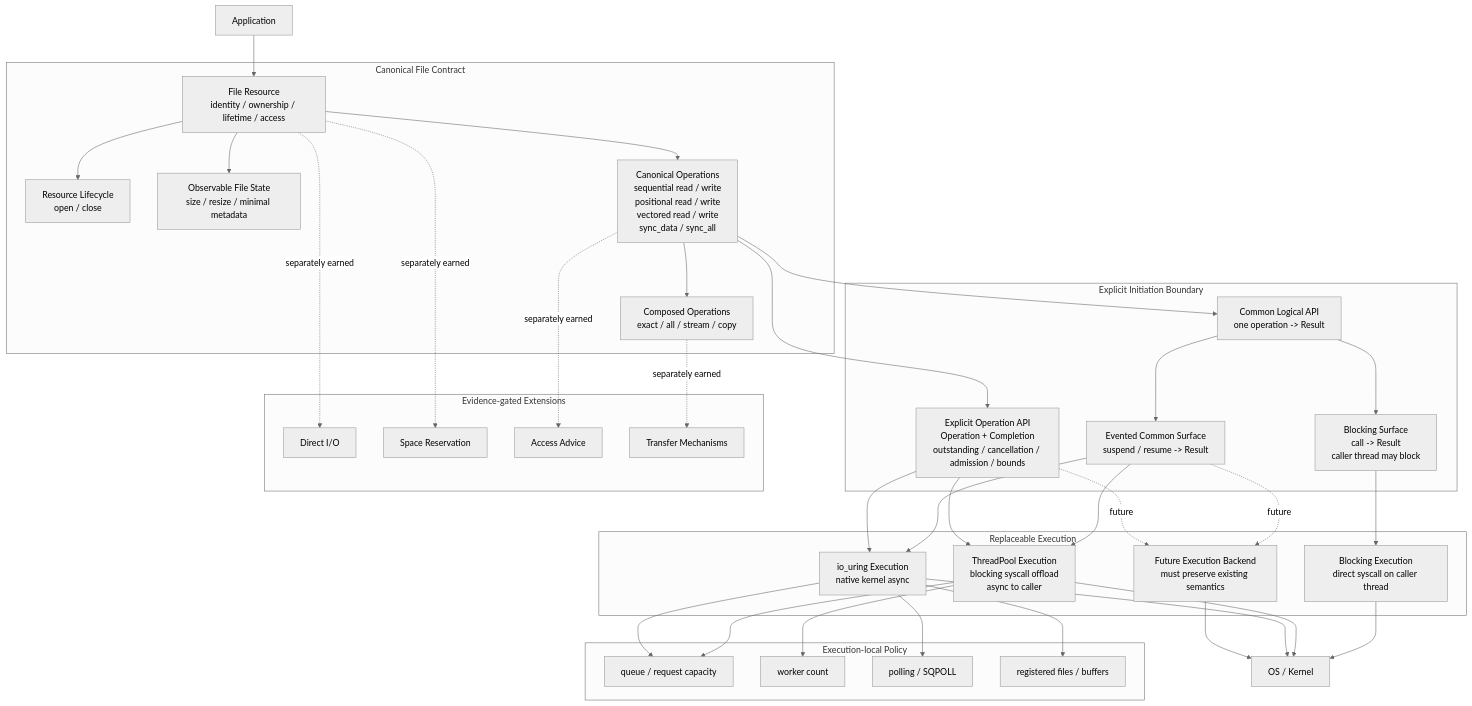
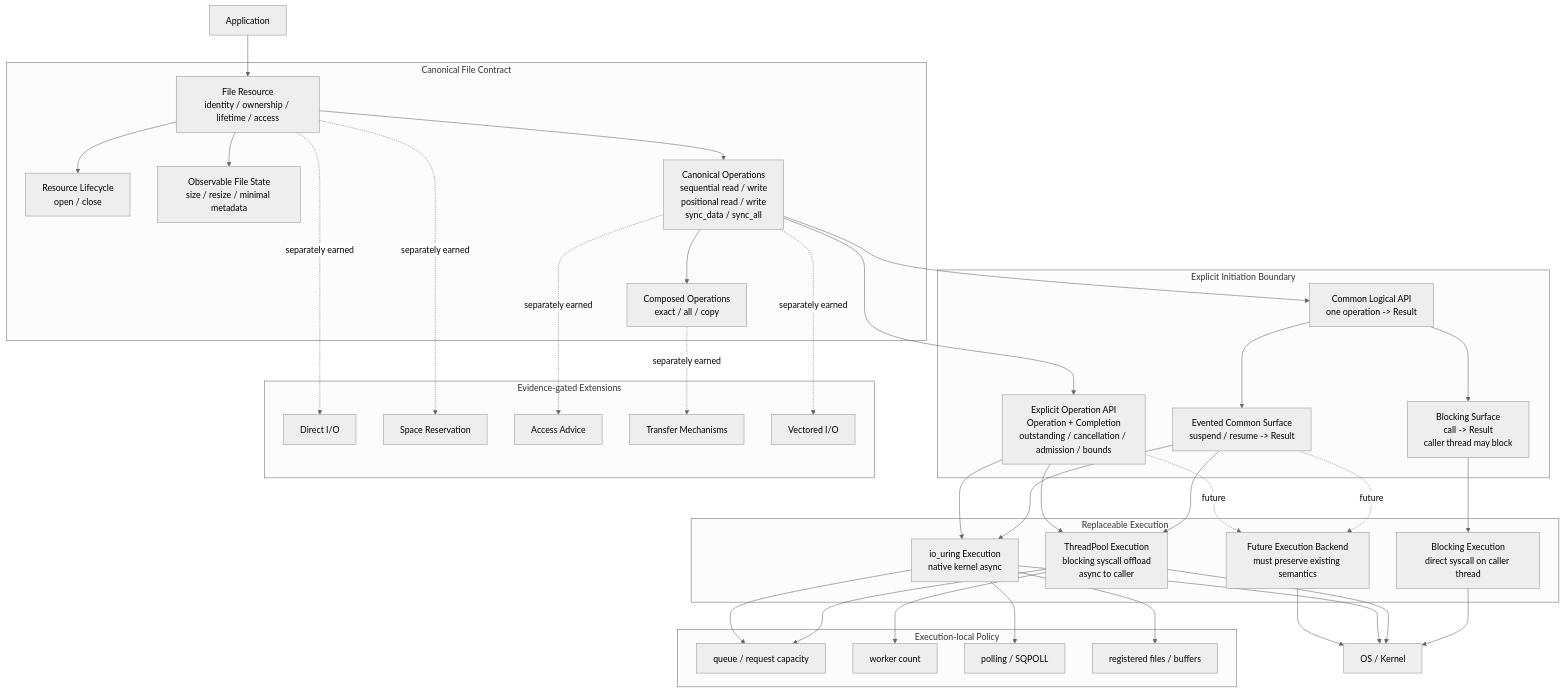
One commit to jnhu76/Sluice changed the first of 2 diagrams in docs/roadmap/explicit-file-conformance.md. Above: the diagram before and after it, drawn with Mermaid (neutral theme). The commit also changed other lines of this file and 2 other files, not shown here.

````diff
--- a/docs/roadmap/explicit-file-conformance.md
+++ b/docs/roadmap/explicit-file-conformance.md
@@ -80,79 +80,81 @@
 ```mermaid
 flowchart TB
     APP["Application"]
 
     subgraph CONTRACT["Canonical File Contract"]
         FILE["File Resource<br/>identity / ownership / lifetime / access"]
         LIFE["Resource Lifecycle<br/>open / close"]
         STATE["Observable File State<br/>size / resize / minimal metadata"]
-        OPS["Canonical Operations<br/>sequential read / write<br/>positional read / write<br/>vectored read / write<br/>sync_data / sync_all"]
-        COMPOSE["Composed Operations<br/>exact / all / stream / copy"]
+        OPS["Canonical Operations<br/>sequential read / write<br/>positional read / write<br/>sync_data / sync_all"]
+        COMPOSE["Composed Operations<br/>exact / all / copy"]
     end
 
     subgraph API["Explicit Initiation Boundary"]
         COMMON["Common Logical API<br/>one operation -> Result<T>"]
         BLOCKING_SURFACE["Blocking Surface<br/>call -> Result<br/>caller thread may block"]
         EVENTED_SURFACE["Evented Common Surface<br/>suspend / resume -> Result"]
         EXPLICIT["Explicit Operation API<br/>Operation + Completion<br/>outstanding / cancellation / admission / bounds"]
     end
 
     subgraph EXEC["Replaceable Execution"]
         BLOCK["Blocking Execution<br/>direct syscall on caller thread"]
         POOL["ThreadPool Execution<br/>blocking syscall offload<br/>async to caller"]
         URING["io_uring Execution<br/>native kernel async"]
         FUTURE["Future Execution Backend<br/>must preserve existing semantics"]
     end
 
     subgraph POLICY["Execution-local Policy"]
         QD["queue / request capacity"]
         WORKERS["worker count"]
         POLL["polling / SQPOLL"]
         REGISTER["registered files / buffers"]
     end
 
     subgraph EXT["Evidence-gated Extensions"]
         DIRECT["Direct I/O"]
         SPACE["Space Reservation"]
         ADVICE["Access Advice"]
         TRANSFER["Transfer Mechanisms"]
+        VECTORED["Vectored I/O"]
     end
 
     OS["OS / Kernel"]
 
     APP --> FILE
     FILE --> LIFE
     FILE --> STATE
     FILE --> OPS
     OPS --> COMPOSE
 
     OPS --> COMMON
     OPS --> EXPLICIT
 
     COMMON --> BLOCKING_SURFACE
     COMMON --> EVENTED_SURFACE
 
     BLOCKING_SURFACE --> BLOCK
     EVENTED_SURFACE --> POOL
     EVENTED_SURFACE --> URING
     EVENTED_SURFACE -. future .-> FUTURE
 
     EXPLICIT --> POOL
     EXPLICIT --> URING
     EXPLICIT -. future .-> FUTURE
 
     BLOCK --> OS
     POOL --> OS
     URING --> OS
     FUTURE --> OS
 
     POOL --> QD
     POOL --> WORKERS
     URING --> QD
     URING --> POLL
     URING --> REGISTER
 
     FILE -. separately earned .-> DIRECT
     FILE -. separately earned .-> SPACE
     OPS -. separately earned .-> ADVICE
+    OPS -. separately earned .-> VECTORED
     COMPOSE -. separately earned .-> TRANSFER
 ```
````
